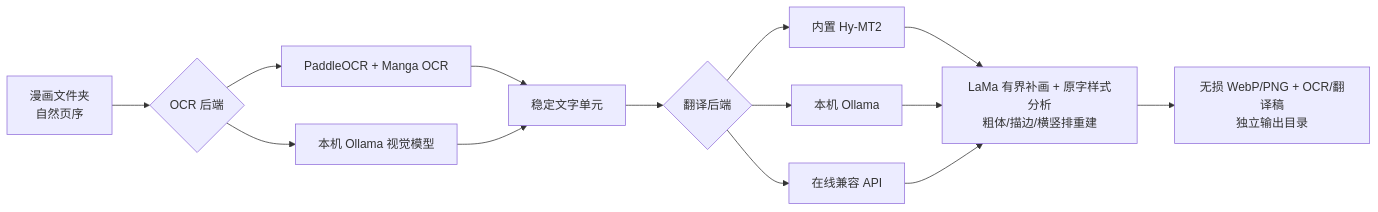
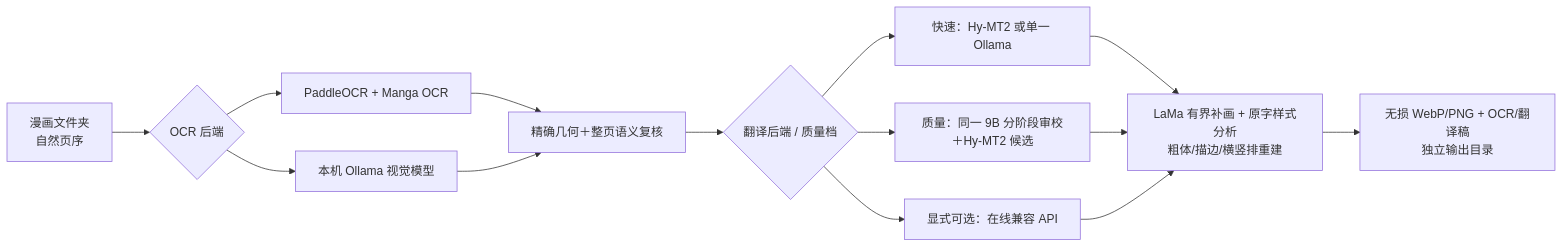
The diagram in README.md (whmc76/manga-localizer-studio), drawn with Mermaid before and after one commit. The commit also changed other lines of this file and 46 other files, not shown here.

````diff
--- a/README.md
+++ b/README.md
@@ -93,17 +95,17 @@
 ```mermaid
 flowchart LR
   A["漫画文件夹\n自然页序"] --> B{"OCR 后端"}
   B --> B1["PaddleOCR + Manga OCR"]
   B --> B2["本机 Ollama 视觉模型"]
   B1 --> C
   B2 --> C
-  C["稳定文字单元"] --> D{"翻译后端"}
-  D --> D1["内置 Hy-MT2"]
-  D --> D2["本机 Ollama"]
-  D --> D3["在线兼容 API"]
+  C["精确几何＋整页语义复核"] --> D{"翻译后端 / 质量档"}
+  D --> D1["快速：Hy-MT2 或单一 Ollama"]
+  D --> D2["质量：同一 9B 分阶段审校＋Hy-MT2 候选"]
+  D --> D3["显式可选：在线兼容 API"]
   D1 --> E
   D2 --> E
   D3 --> E
   E["LaMa 有界补画 + 原字样式分析\n粗体/描边/横竖排重建"]
   E --> F["无损 WebP/PNG + OCR/翻译稿\n独立输出目录"]
 ```
````
